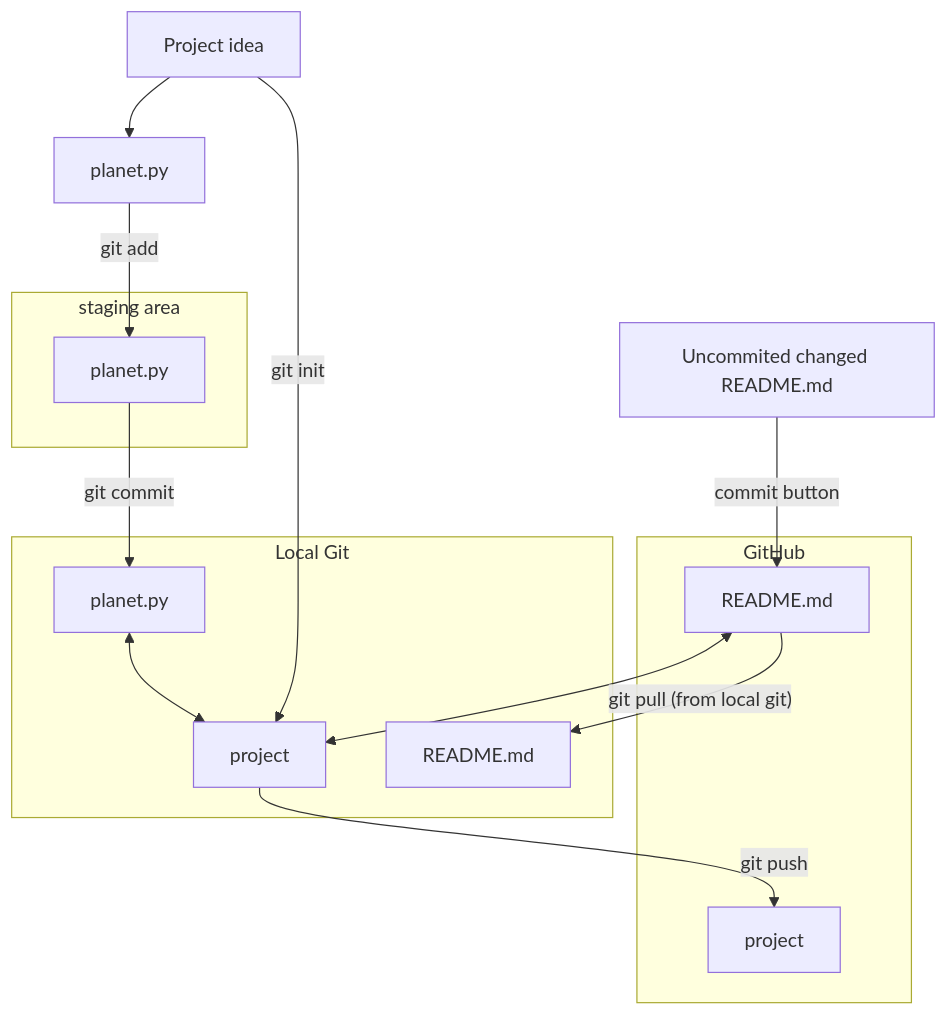
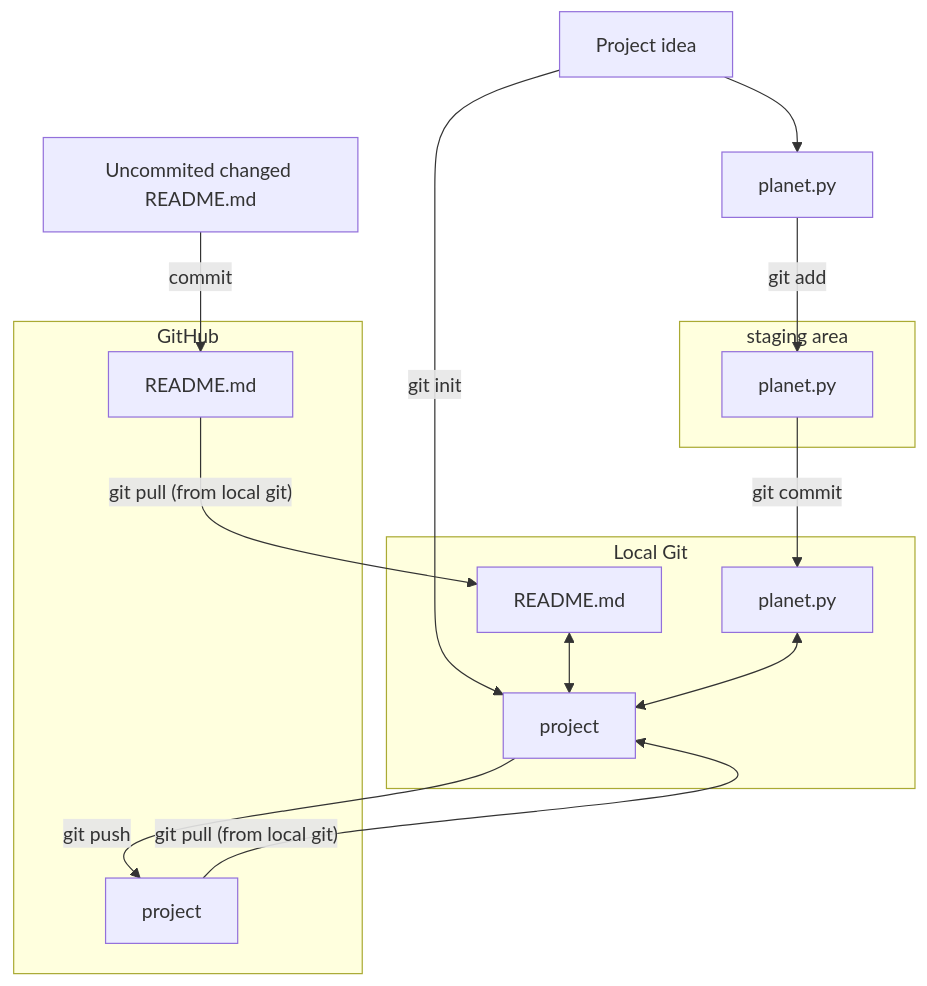
One commit to UPPMAX/programming_formalisms changed the diagram in docs/project_start/startup.md. Above: the diagram before and after it, drawn with Mermaid.

Commit message:
startup.md fix flowchart git test

````diff
--- a/docs/project_start/startup.md
+++ b/docs/project_start/startup.md
@@ -584,30 +584,31 @@
 ```mermaid
-      graph TB
+  graph TB
 
 P["Project idea"] -->|git init| Node2
 P["Project idea"] --> planet.py -->|git add| Node4
 Node4 --> |git commit| Node1
 Node2 --> |git push| Node5
-R <--> Node2
 
-C[Uncommited changed README.md] -->|commit button| R
+C[Uncommited changed README.md] -->|commit| R
+Node5 --> |"git pull (from local git)"| Node2
 R --> |"git pull (from local git)"| R2
+R2 <--> Node2
 
-        
         subgraph "Local Git"
         Node2[project]
         Node1[planet.py] 
         Node1 <--> Node2
         R2[README.md]
         end 
 
         subgraph "staging area"
         Node4[planet.py]
         end
 
         subgraph "GitHub"
         Node5[project]
         R[README.md]
         end
 
+
 ```
````
